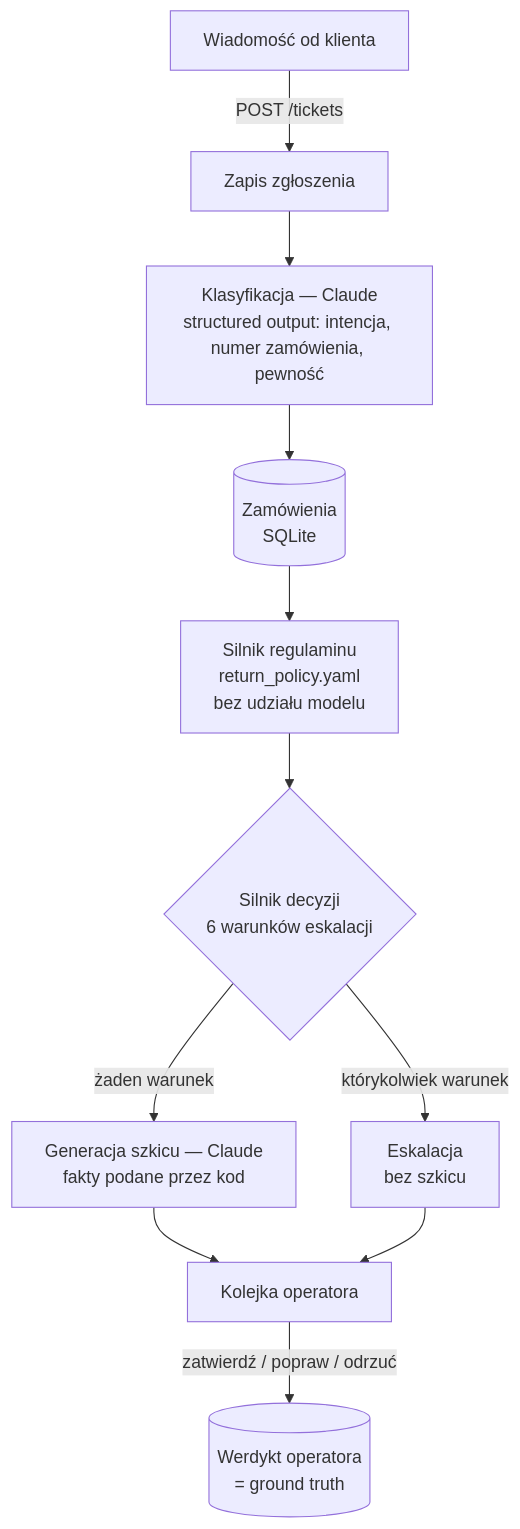
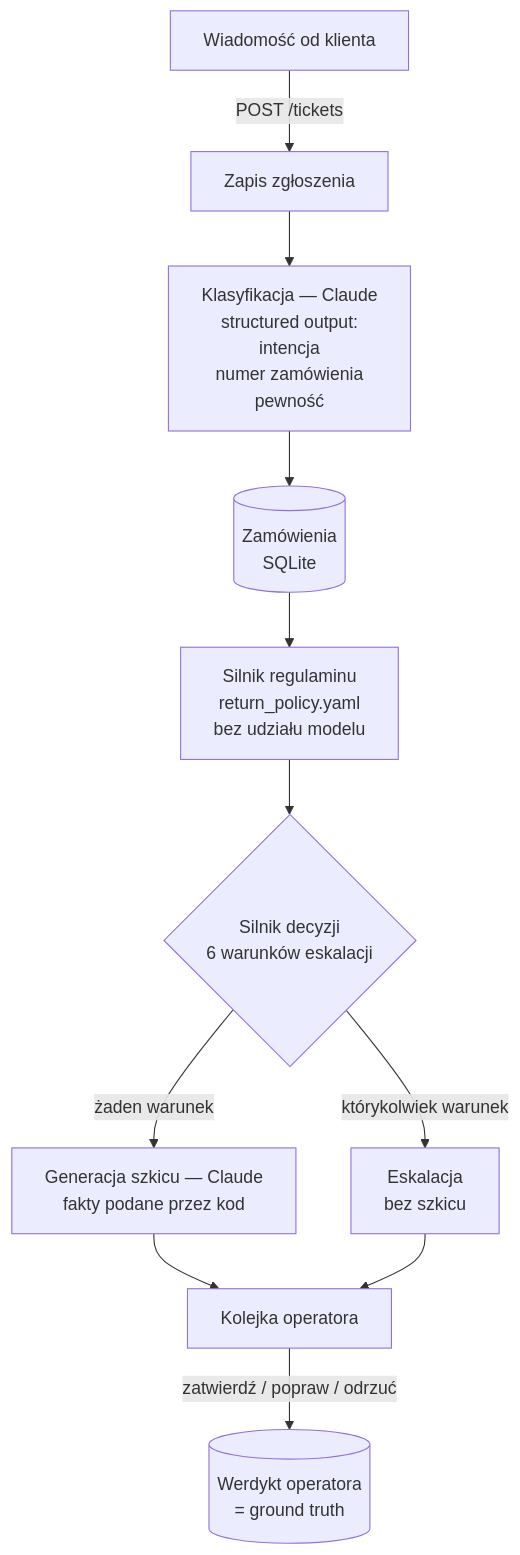
Before and after one commit to comitme/ai-analizator-zgloszen: the first of 2 diagrams in README.md, drawn with Mermaid.

Commit message:
Modify classification output in README flowchart
Updated the classification output format in the flowchart.

````diff
--- a/README.md
+++ b/README.md
@@ -78,13 +78,13 @@
 ```mermaid
 flowchart TD
     K["Wiadomość od klienta"] -->|"POST /tickets"| S["Zapis zgłoszenia<br/>"]
-    S --> C["Klasyfikacja — Claude<br/>structured output: intencja, numer zamówienia, pewność"]
+    S --> C["Klasyfikacja — Claude<br/>structured output: <br/>intencja<br/>numer zamówienia<br/>pewność"]
     C --> O[("Zamówienia<br/>SQLite")]
     O --> P["Silnik regulaminu<br/>return_policy.yaml<br/>bez udziału modelu"]
     P --> D{"Silnik decyzji<br/>6 warunków eskalacji"}
     D -->|"żaden warunek"| G["Generacja szkicu — Claude<br/>fakty podane przez kod"]
     D -->|"którykolwiek warunek"| E["Eskalacja<br/>bez szkicu"]
     G --> Q["Kolejka operatora"]
     E --> Q
     Q -->|"zatwierdź / popraw / odrzuć"| F[("Werdykt operatora<br/>= ground truth")]
 ```
````
